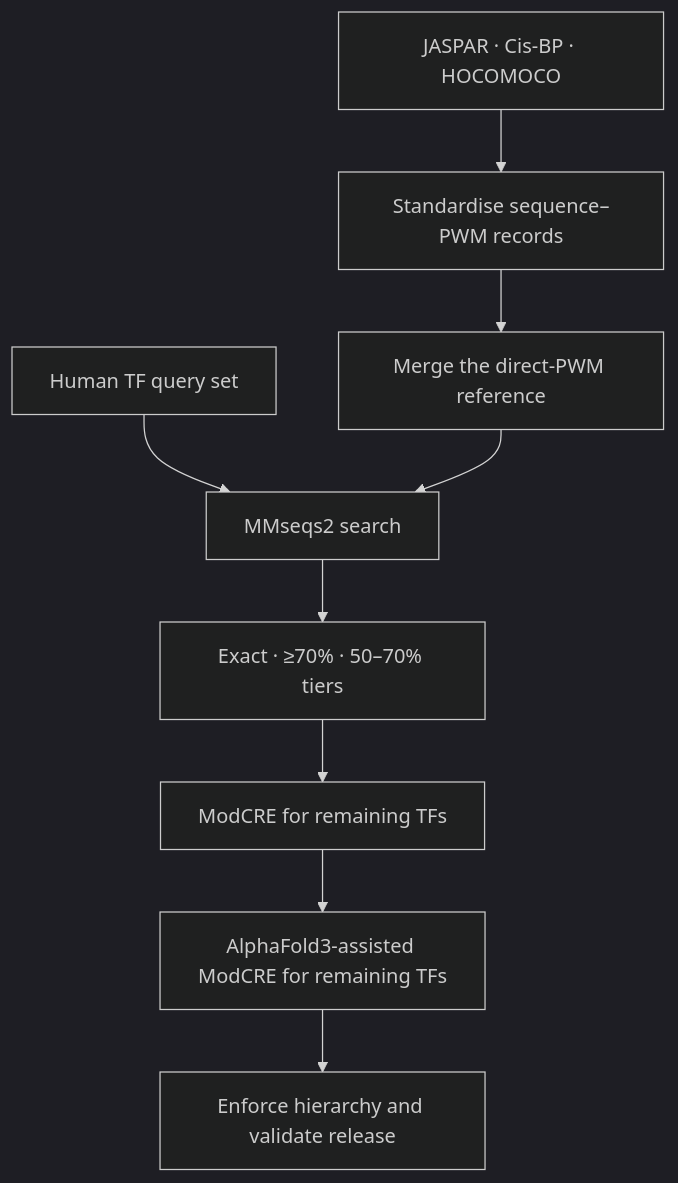
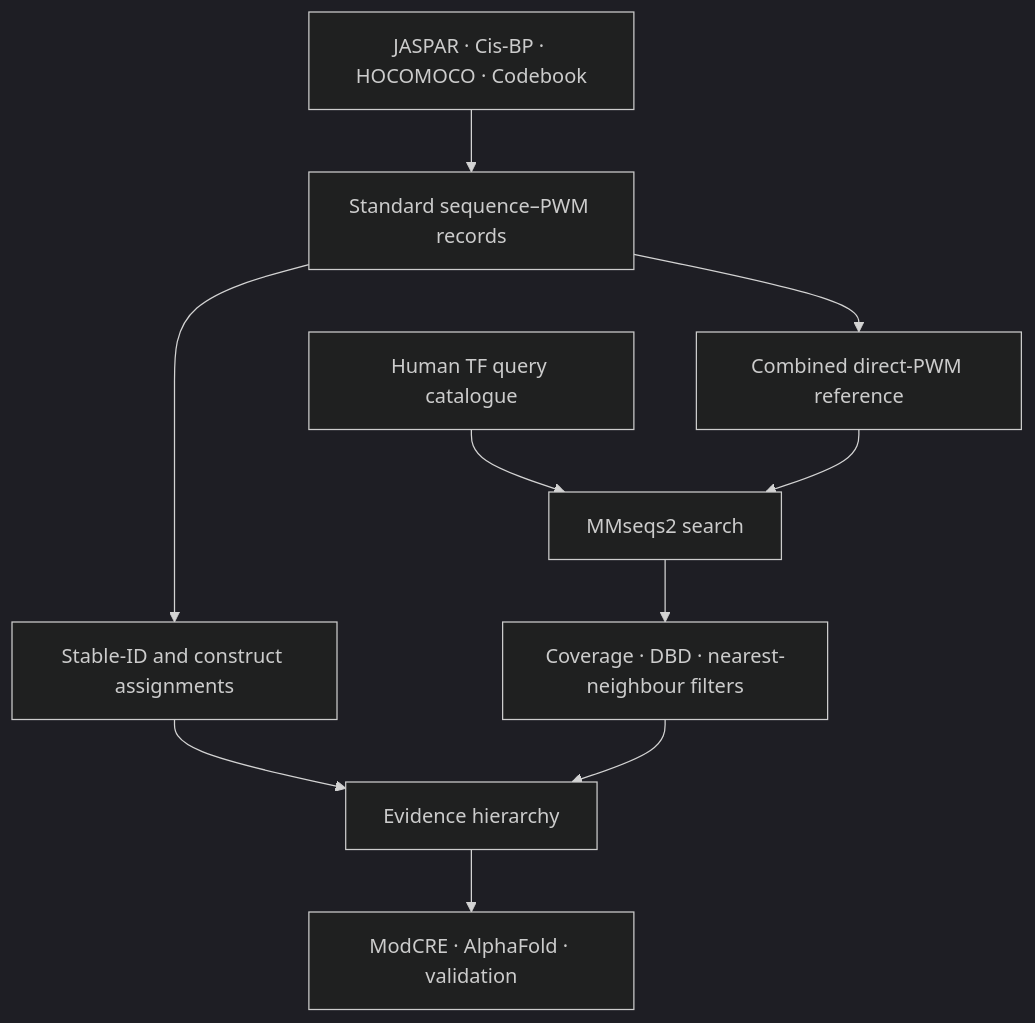
The diagram in README.md (Joe0908/TF_PWM_Project), drawn with Mermaid (dark theme) before and after one commit. The commit also changed other lines of this file and 25 other files, not shown here.

Commit message:
Integrate Codebook into unified TF PWM workflow

````diff
--- a/README.md
+++ b/README.md
@@ -25,11 +27,12 @@
 ```mermaid
 flowchart TD
-    A["JASPAR · Cis-BP · HOCOMOCO"] --> B["Standardise sequence–PWM records"]
-    B --> C["Merge the direct-PWM reference"]
-    Q["Human TF query set"] --> D["MMseqs2 search"]
+    A["JASPAR · Cis-BP · HOCOMOCO · Codebook"] --> B["Standard sequence–PWM records"]
+    B --> C["Combined direct-PWM reference"]
+    Q["Human TF query catalogue"] --> D["MMseqs2 search"]
     C --> D
-    D --> E["Exact · ≥70% · 50–70% tiers"]
-    E --> F["ModCRE for remaining TFs"]
-    F --> G["AlphaFold3-assisted ModCRE for remaining TFs"]
-    G --> H["Enforce hierarchy and validate release"]
+    B --> E["Stable-ID and construct assignments"]
+    D --> F["Coverage · DBD · nearest-neighbour filters"]
+    E --> G["Evidence hierarchy"]
+    F --> G
+    G --> H["ModCRE · AlphaFold · validation"]
 ```
````
